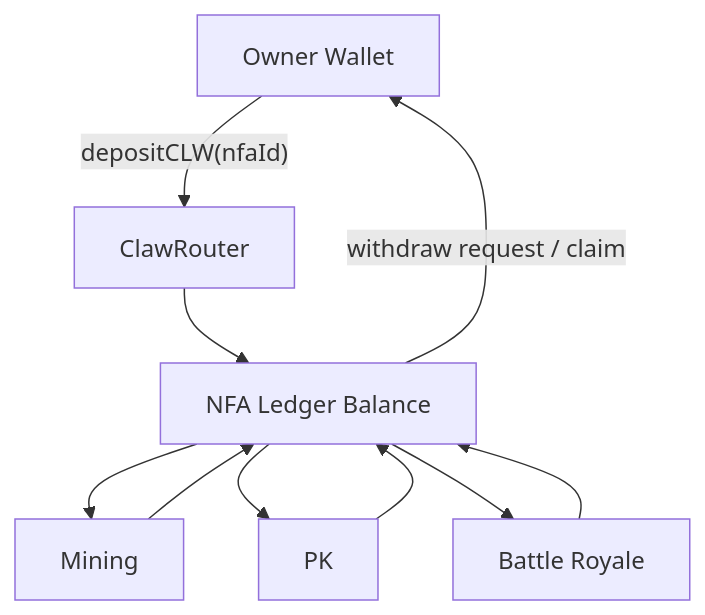
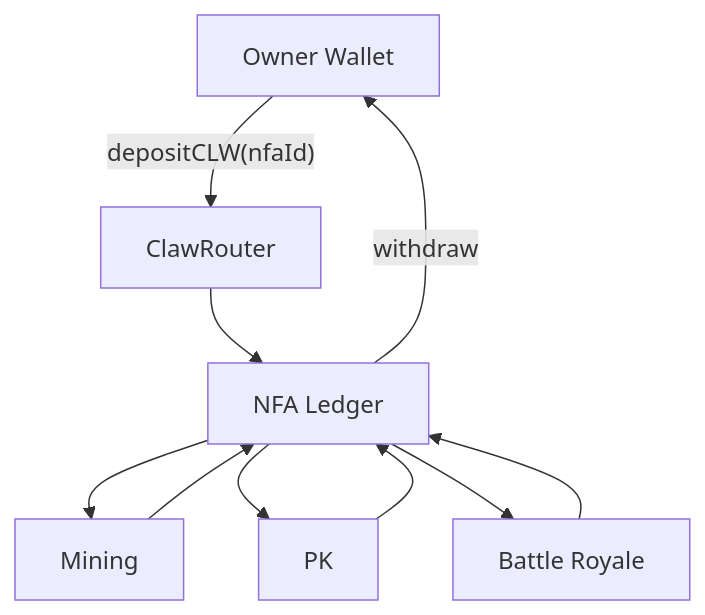
One commit to fa762/ClaworldNfa changed the third of 6 diagrams in README.md. Above: the diagram before and after it, drawn with Mermaid. The commit also changed other lines of this file and 3 other files, not shown here.

````diff
--- a/README.md
+++ b/README.md
@@ -211,12 +227,12 @@
 ```mermaid
 flowchart TD
   A["Owner Wallet"] -->|"depositCLW(nfaId)"| B["ClawRouter"]
-  B --> C["NFA Ledger Balance"]
+  B --> C["NFA Ledger"]
   C --> D["Mining"]
   C --> E["PK"]
   C --> F["Battle Royale"]
   D --> C
   E --> C
   F --> C
-  C -->|"withdraw request / claim"| A
+  C -->|"withdraw"| A
 ```
````
